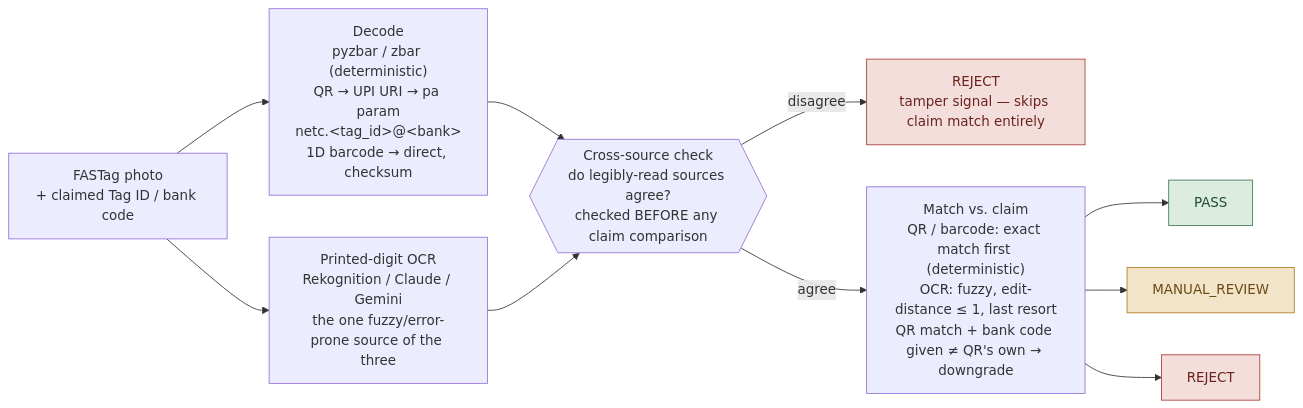
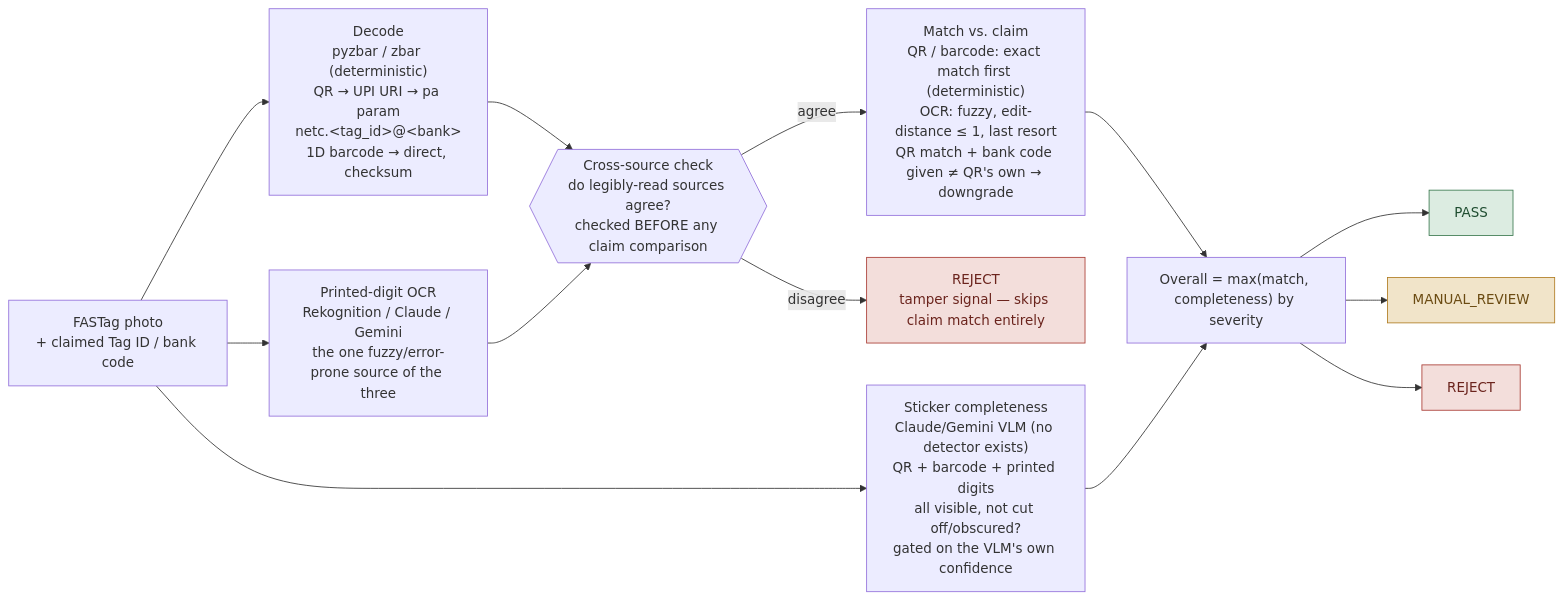
One commit to apendam/kyv-verification changed the third of 3 diagrams in README.md. Above: the diagram before and after it, drawn with Mermaid. The commit also changed other lines of this file and 7 other files, not shown here.

````diff
--- a/README.md
+++ b/README.md
@@ -151,24 +161,28 @@
 ```mermaid
 flowchart LR
     IN3["FASTag photo\n+ claimed Tag ID / bank code"] --> DEC
     IN3 --> OCR
+    IN3 --> COMPLETE3
 
     DEC["Decode\npyzbar / zbar (deterministic)\nQR → UPI URI → pa param\nnetc.&lt;tag_id&gt;@&lt;bank&gt;\n1D barcode → direct, checksum"]
     OCR["Printed-digit OCR\nRekognition / Claude / Gemini\nthe one fuzzy/error-prone source of the three"]
+    COMPLETE3["Sticker completeness\nClaude/Gemini VLM (no detector exists)\nQR + barcode + printed digits\nall visible, not cut off/obscured?\ngated on the VLM's own confidence"]
 
     DEC --> CROSS
     OCR --> CROSS
     CROSS{{"Cross-source check\ndo legibly-read sources agree?\nchecked BEFORE any claim comparison"}}
     CROSS -- disagree --> R3A["REJECT\ntamper signal — skips claim match entirely"]
     CROSS -- agree --> MATCH["Match vs. claim\nQR / barcode: exact match first (deterministic)\nOCR: fuzzy, edit-distance ≤ 1, last resort\nQR match + bank code given ≠ QR's own → downgrade"]
-    MATCH --> P3[PASS]
-    MATCH --> M3[MANUAL_REVIEW]
-    MATCH --> R3B[REJECT]
+    MATCH --> COMB3["Overall = max(match, completeness) by severity"]
+    COMPLETE3 --> COMB3
+    COMB3 --> P3[PASS]
+    COMB3 --> M3[MANUAL_REVIEW]
+    COMB3 --> R3B[REJECT]
 
     classDef pass fill:#dcece1,stroke:#3c7a50,color:#1f4d30;
     classDef manual fill:#f1e4c9,stroke:#b07c22,color:#6b4b12;
     classDef reject fill:#f3dedb,stroke:#a93b33,color:#6b241d;
     class P3 pass
     class M3 manual
     class R3A,R3B reject
 ```
````
